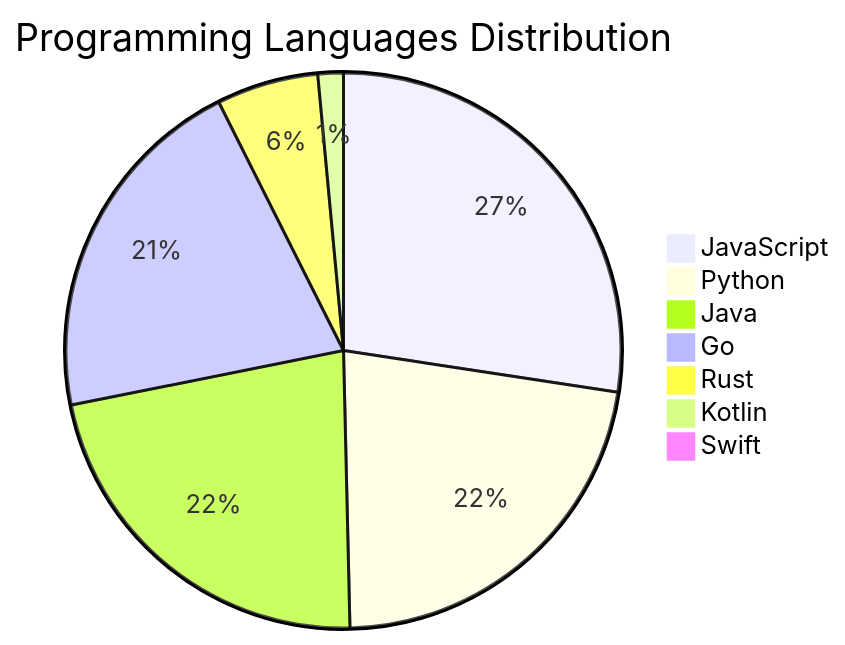
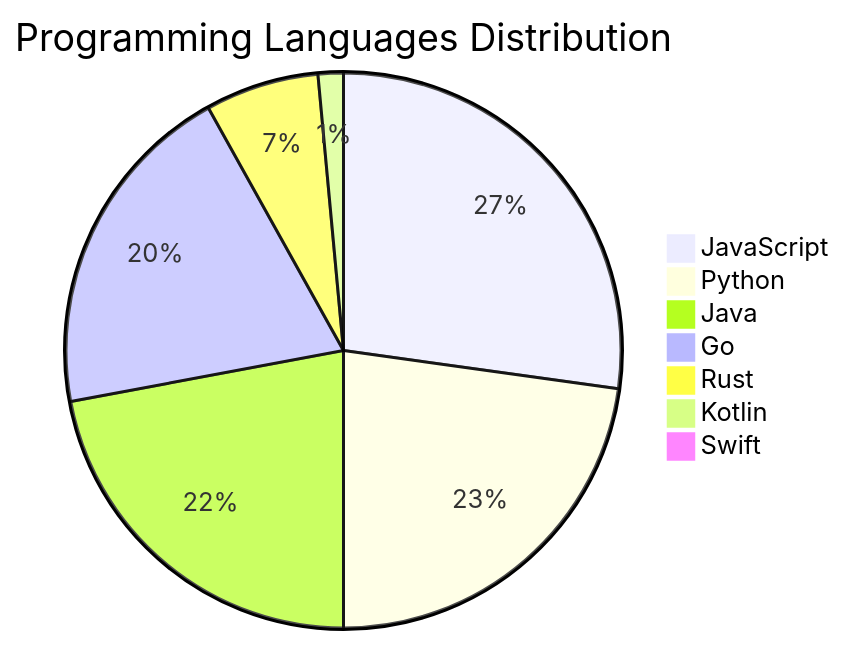
One commit to Derrick-MUGISHA/github-activity-bot changed the diagram in README.md. Above: the diagram before and after it, drawn with Mermaid. The commit also changed other lines of this file and 4 other files, not shown here.

````diff
--- a/README.md
+++ b/README.md
@@ -207,10 +207,10 @@
 ```mermaid
 pie title Programming Languages Distribution
     "JavaScript" : 37
-    "Python" : 30
+    "Python" : 31
     "Java" : 30
-    "Go" : 28
-    "Rust" : 8
+    "Go" : 27
+    "Rust" : 9
     "Kotlin" : 2
     "Swift" : 1
 ```
````
